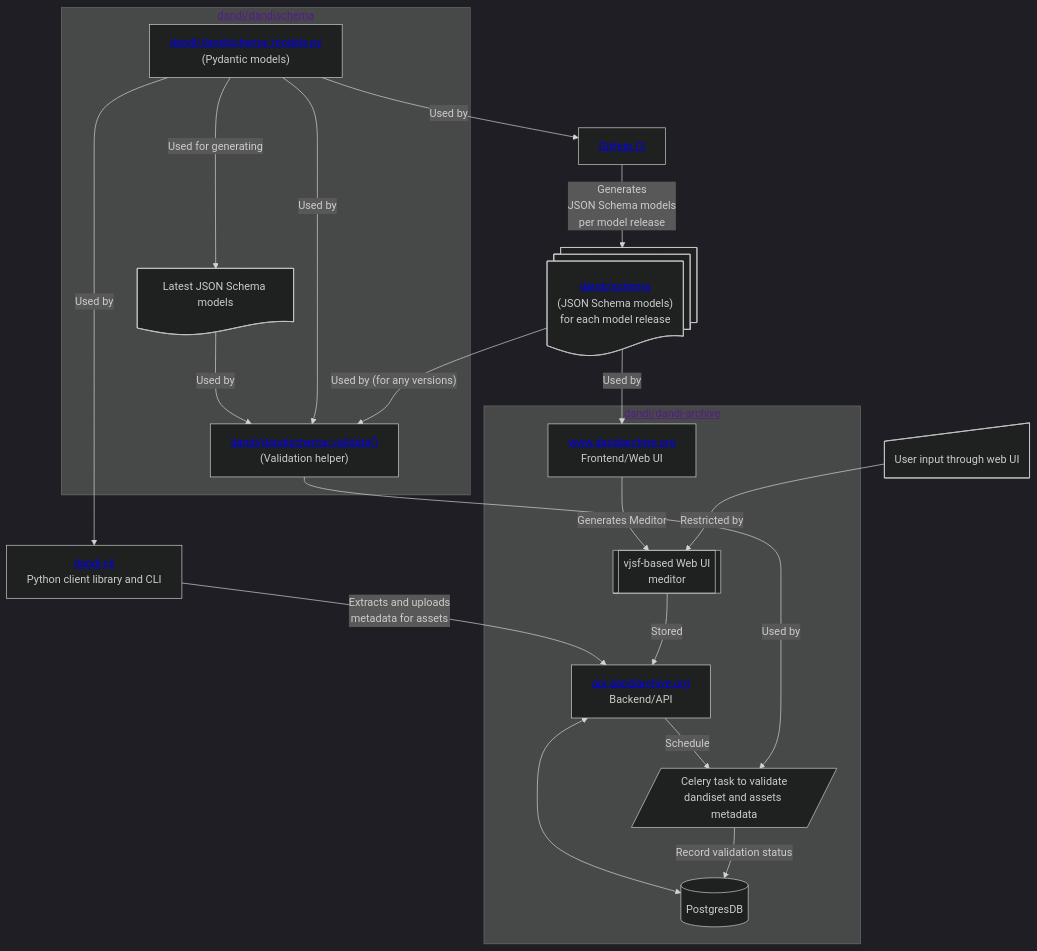
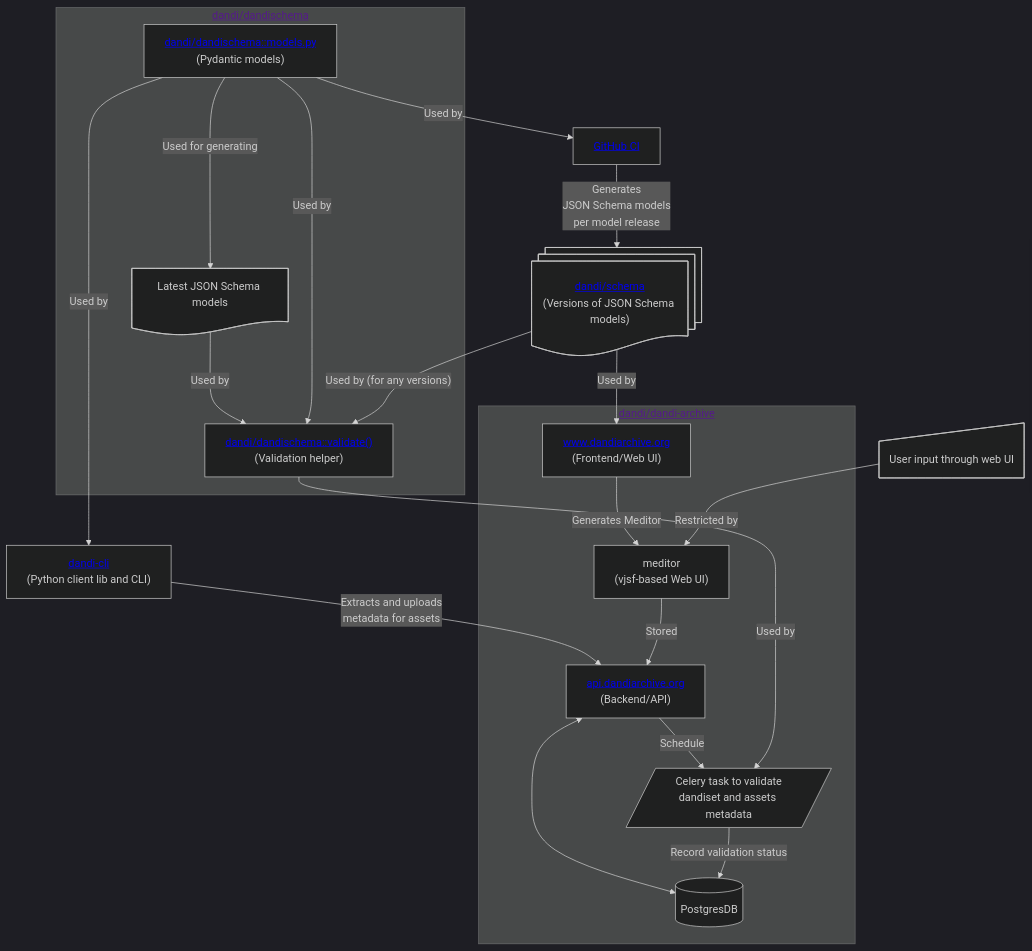
Before and after one commit to candleindark/dandi-models-mermaid: the diagram in dandi-models.mmd, drawn with Mermaid (dark theme).

Commit message:
Improve node annotation

```diff
--- a/dandi-models.mmd
+++ b/dandi-models.mmd
@@ -1,55 +1,55 @@
 flowchart TD
-    dandi_json["<a href='https://github.com/dandi/schema'>dandi/schema</a><br/>(JSON Schema models)<br/>for each model release"]@{ shape: docs }
-    dandi_cli["<a href='https://github.com/dandi/dandi-cli'>dandi-cli</a><br/>Python client library and CLI"]
+    dandi_json["<a href='https://github.com/dandi/schema'>dandi/schema</a><br/>(Versions of JSON Schema models)"]@{ shape: docs }
+    dandi_cli["<a href='https://github.com/dandi/dandi-cli'>dandi-cli</a><br/>(Python client lib and CLI)"]
     ci[<a href='https://github.com/dandi/dandi-schema/blob/master/.github/workflows/release.yml'>GitHub CI</a>]
     web_input["User input through web UI"]@{ shape: manual-input }
 
     subgraph "<a href=''>dandi/dandischema</a>"
         %% nodes
         dandi_pydantic["<a href='https://github.com/dandi/dandi-schema/blob/master/dandischema/models.py'>dandi/dandischema::models.py</a><br/>(Pydantic models)"]
         dandi_validate["<a href='https://github.com/dandi/dandi-schema/blob/c3007768e002c9f51ea37b5e6b3628f7f7f20943/dandischema/metadata.py#L195'>dandi/dandischema::validate()</a><br/>(Validation helper)"]
         dandi_json_runtime[Latest JSON Schema models]@{ shape: doc }
 
         %% edges
         dandi_pydantic -->|Used for generating| dandi_json_runtime -->|Used by| dandi_validate
     end
 
     subgraph "<a href=''>dandi/dandi-archive</a>"
         %% nodes
         dandi_archive_db[(PostgresDB)]
-        dandi_archive_backend["<a href='https://api.dandiarchive.org'>api.dandiarchive.org</a><br/>Backend/API"]
-        dandi_archive_frontend["<a href='https://www.dandiarchive.org'>www.dandiarchive.org</a><br/>Frontend/Web UI"]
+        dandi_archive_backend["<a href='https://api.dandiarchive.org'>api.dandiarchive.org</a><br/>(Backend/API)"]
+        dandi_archive_frontend["<a href='https://www.dandiarchive.org'>www.dandiarchive.org</a><br/>(Frontend/Web UI)"]
         %% user_input_data["User input data"]@{ shape: manual-input }
-        meditor[[vjsf-based Web UI<br/>meditor]]
+        meditor["meditor<br/>(vjsf-based Web UI)"]
         dandi_archive_validate[/Celery task to validate<br/>dandiset and assets metadata/]
     end
 
     dandi_pydantic -->|Used by| ci -->|Generates<br/> JSON Schema models<br/> per model release| dandi_json
 
     %% dandi/dandischema does use JSON schema models during validation
 
     dandi_pydantic -->|Used by| dandi_cli
     dandi_pydantic -->|Used by| dandi_validate
     dandi_json -->|"Used by (for any versions)"| dandi_validate
 
     dandi_archive_backend --> |Schedule| dandi_archive_validate
     dandi_archive_backend <--->  dandi_archive_db
     dandi_validate -->|Used by| dandi_archive_validate
     %%?? dandi_validate -->|Used by| dandi_cli
 
     %% dandi_json -->|Used by| dandi_archive_backend
     dandi_json -->|Used by| dandi_archive_frontend
 
 
     %% datasets[NWB/BIDS]
     %% user_input_data --> |Expressed as| datasets
     %%  datasets --> |Extracts metadata by| dandi_cli
     dandi_cli --> |Extracts and uploads<br/>metadata for assets| dandi_archive_backend
     %% We always upload Asset pyndatic model, but it might be minimally
     %% populated if there was an error while extracting metadata
 
     dandi_archive_frontend --> |Generates Meditor| meditor
     web_input --> | Restricted by| meditor
     meditor --> |Stored| dandi_archive_backend
 
     dandi_archive_validate --> |Record validation status| dandi_archive_db
```
